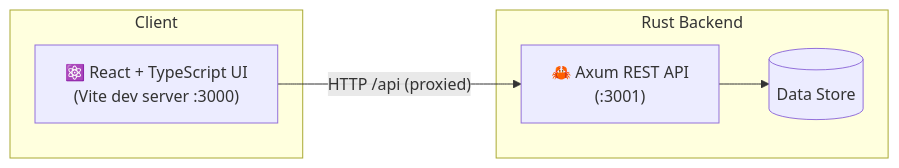
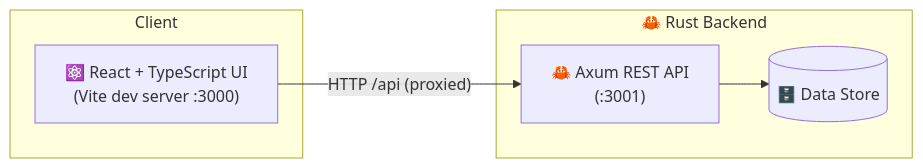
The first of 2 diagrams in README.md (leachj/test), drawn with Mermaid before and after one commit. The commit also changed other lines of this file, not shown here.

Commit message:
docs: add more emojis to diagram labels

````diff
--- a/README.md
+++ b/README.md
@@ -19,14 +19,14 @@
 ```mermaid
 flowchart LR
     subgraph Client
         UI["⚛️ React + TypeScript UI\n(Vite dev server :3000)"]
     end
 
-    subgraph Server["Rust Backend"]
+    subgraph Server["🦀 Rust Backend"]
         API["🦀 Axum REST API\n(:3001)"]
-        DB[("Data Store")]
+        DB[("🗄️ Data Store")]
         API --> DB
     end
 
     UI -- "HTTP /api (proxied)" --> API
 ```
````
